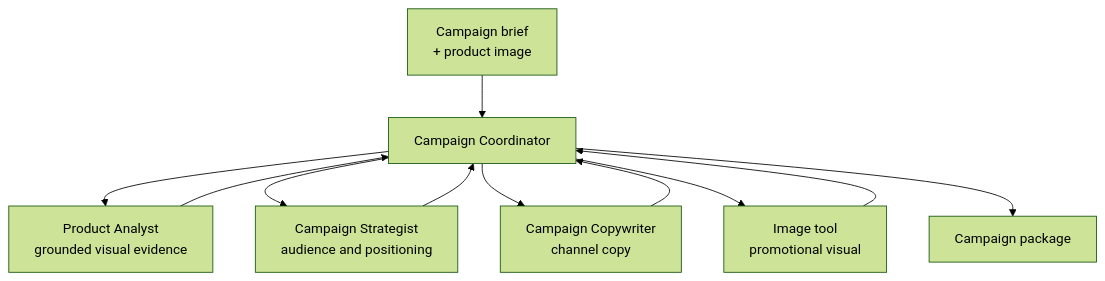
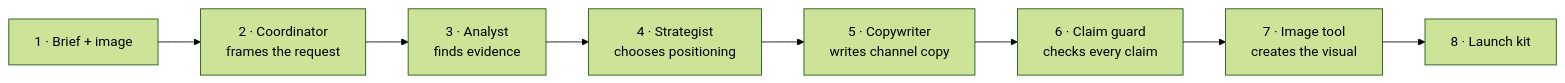
Before and after one commit to nitya/model-mastery: the first of 2 diagrams in foundry/agent-optimization/instructions/skillable/lab-0-setup/00-welcome.md, drawn with Mermaid (forest theme). The commit also changed other lines of this file and 4 other files, not shown here.

Commit message:
Simplify workshop architecture diagrams

````diff
--- a/foundry/agent-optimization/instructions/skillable/lab-0-setup/00-welcome.md
+++ b/foundry/agent-optimization/instructions/skillable/lab-0-setup/00-welcome.md
@@ -36,13 +36,10 @@
 ```mermaid
-flowchart TD
-    IN["Campaign brief<br/>+ product image"] --> CO["Campaign Coordinator"]
-    CO --> PA["Product Analyst<br/>grounded visual evidence"]
-    CO --> CS["Campaign Strategist<br/>audience and positioning"]
-    CO --> CW["Campaign Copywriter<br/>channel copy"]
-    CO --> IG["Image tool<br/>promotional visual"]
-    PA --> CO
-    CS --> CO
-    CW --> CO
-    IG --> CO
-    CO --> OUT["Campaign package"]
+flowchart LR
+    IN["1 · Brief + image"] --> CO["2 · Coordinator<br/>frames the request"]
+    CO --> PA["3 · Analyst<br/>finds evidence"]
+    PA --> CS["4 · Strategist<br/>chooses positioning"]
+    CS --> CW["5 · Copywriter<br/>writes channel copy"]
+    CW --> CG["6 · Claim guard<br/>checks every claim"]
+    CG --> IG["7 · Image tool<br/>creates the visual"]
+    IG --> OUT["8 · Launch kit"]
 ```
````
